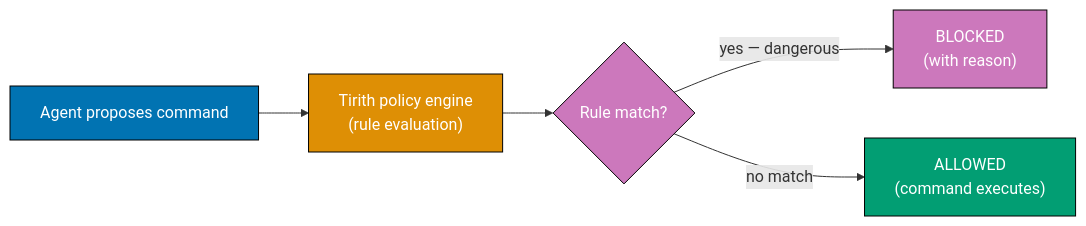
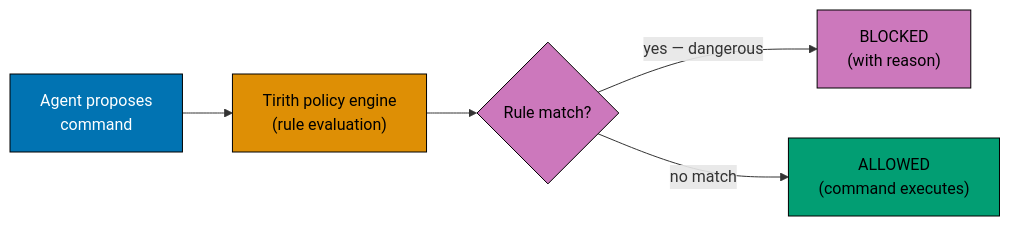
Before and after one commit to wahidyankf/ose-public: the fifth of 14 diagrams in apps/ayokoding-www/content/en/learn/legacy/artificial-intelligence/tools/hermes-agent/by-example/advanced.md, drawn with Mermaid. The commit also changed other lines of this file and 50 other files, not shown here.

First line of the commit message:
fix(mermaid): bring the docs, governance, plans, and legacy AI diagrams onto the accessible palette

````diff
--- a/apps/ayokoding-www/content/en/learn/legacy/artificial-intelligence/tools/hermes-agent/by-example/advanced.md
+++ b/apps/ayokoding-www/content/en/learn/legacy/artificial-intelligence/tools/hermes-agent/by-example/advanced.md
@@ -565,19 +596,26 @@
 ```mermaid
 %% Color Palette: Blue #0173B2, Orange #DE8F05, Teal #029E73, Purple #CC78BC, Brown #CA9161
 graph LR
-    A["Agent proposes command"]
+    accTitle: Example 63: Tirith Security Scanning
+    accDescr: Graph with 5 nodes and 4 connections. Nodes: Agent proposes command, Tirith policy engine (rule evaluation), Rule match?, BLOCKED (with reason), ALLOWED (command executes). Connections: Agent proposes command to Tirith policy engine (rule evaluation), Tirith policy engine (rule evaluation) to Rule match?, Rule match? to BLOCKED (with reason) (yes — dangerous), Rule match? to ALLOWED (command executes) (no match).
+    A["Agent proposes<br/>command"]
     B["Tirith policy engine<br/>(rule evaluation)"]
     C{"Rule match?"}
     D["BLOCKED<br/>(with reason)"]
     E["ALLOWED<br/>(command executes)"]
 
     A --> B --> C
     C -->|"yes — dangerous"| D
     C -->|"no match"| E
 
-    style A fill:#0173B2,stroke:#000,color:#fff
-    style B fill:#DE8F05,stroke:#000,color:#fff
-    style C fill:#CC78BC,stroke:#000,color:#fff
-    style D fill:#CC78BC,stroke:#000,color:#fff
-    style E fill:#029E73,stroke:#000,color:#fff
+    classDef pal-0173B2 fill:#0173B2,stroke:#000000,color:#FFFFFF
+    class A pal-0173B2
+    classDef pal-DE8F05 fill:#DE8F05,stroke:#000000,color:#000000
+    class B pal-DE8F05
+    classDef pal-CC78BC fill:#CC78BC,stroke:#000000,color:#000000
+    class C pal-CC78BC
+    class D pal-CC78BC
+    classDef pal-029E73 fill:#029E73,stroke:#000000,color:#000000
+    class E pal-029E73
+    classDef default fill:#FFFFFF,stroke:#000000,color:#000000
 ```
````
